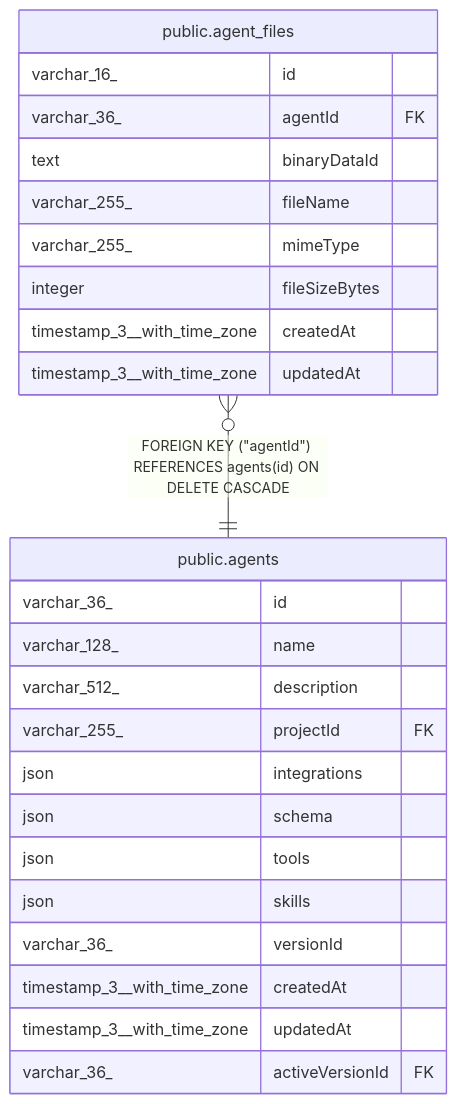
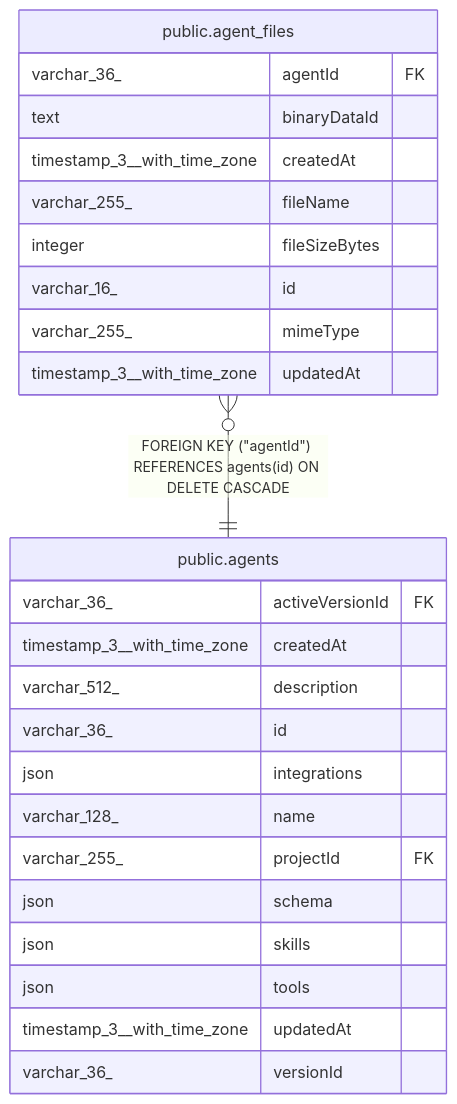
Before and after one commit to mayankjain1815-commits/n8n: the diagram in docs/generated/postgres-schema/public.agent_files.md, drawn with Mermaid. The commit also changed other lines of this file and 221 other files, not shown here.

Commit message:
chore(core): Make DB schema docs generation deterministic (#32373)

````diff
--- a/docs/generated/postgres-schema/public.agent_files.md
+++ b/docs/generated/postgres-schema/public.agent_files.md
@@ -40,30 +40,30 @@
 ```mermaid
 erDiagram
 
 "public.agent_files" }o--|| "public.agents" : "FOREIGN KEY (#quot;agentId#quot;) REFERENCES agents(id) ON DELETE CASCADE"
 
 "public.agent_files" {
-  varchar_16_ id
   varchar_36_ agentId FK
   text binaryDataId
+  timestamp_3__with_time_zone createdAt
   varchar_255_ fileName
+  integer fileSizeBytes
+  varchar_16_ id
   varchar_255_ mimeType
-  integer fileSizeBytes
-  timestamp_3__with_time_zone createdAt
   timestamp_3__with_time_zone updatedAt
 }
 "public.agents" {
+  varchar_36_ activeVersionId FK
+  timestamp_3__with_time_zone createdAt
+  varchar_512_ description
   varchar_36_ id
+  json integrations
   varchar_128_ name
-  varchar_512_ description
   varchar_255_ projectId FK
-  json integrations
   json schema
+  json skills
   json tools
-  json skills
+  timestamp_3__with_time_zone updatedAt
   varchar_36_ versionId
-  timestamp_3__with_time_zone createdAt
-  timestamp_3__with_time_zone updatedAt
-  varchar_36_ activeVersionId FK
 }
 ```
````
